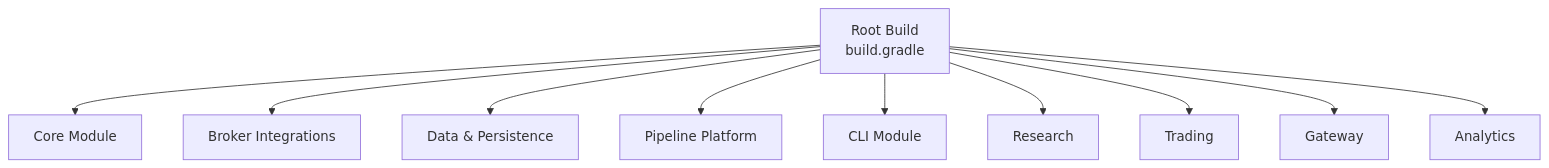
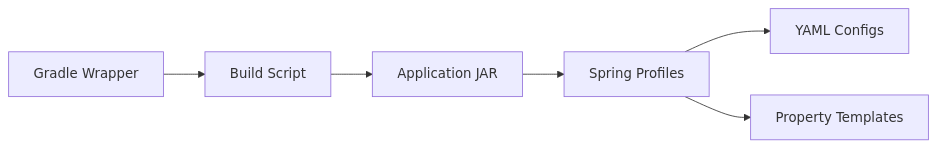
Before and after one commit to Ganesh-Kusundal/Trade_J: the third of 3 diagrams in .qoder/repowiki/en/content/Getting Started.md, drawn with Mermaid. The commit also changed other lines of this file and 1178 other files, not shown here.

````diff
--- a/.qoder/repowiki/en/content/Getting Started.md
+++ b/.qoder/repowiki/en/content/Getting Started.md
@@ -266,12 +293,8 @@
 ```mermaid
-graph TB
-Root["Root Build<br/>build.gradle"] --> Core["Core Module"]
-Root --> Broker["Broker Integrations"]
-Root --> Data["Data & Persistence"]
-Root --> Pipeline["Pipeline Platform"]
-Root --> CLI["CLI Module"]
-Root --> Research["Research"]
-Root --> Trading["Trading"]
-Root --> Gateway["Gateway"]
-Root --> Analytics["Analytics"]
+graph LR
+Gradle["Gradle Wrapper"] --> Build["Build Script"]
+Build --> App["Application JAR"]
+App --> Spring["Spring Profiles"]
+Spring --> Config["YAML Configs"]
+Spring --> Props["Property Templates"]
 ```
````
